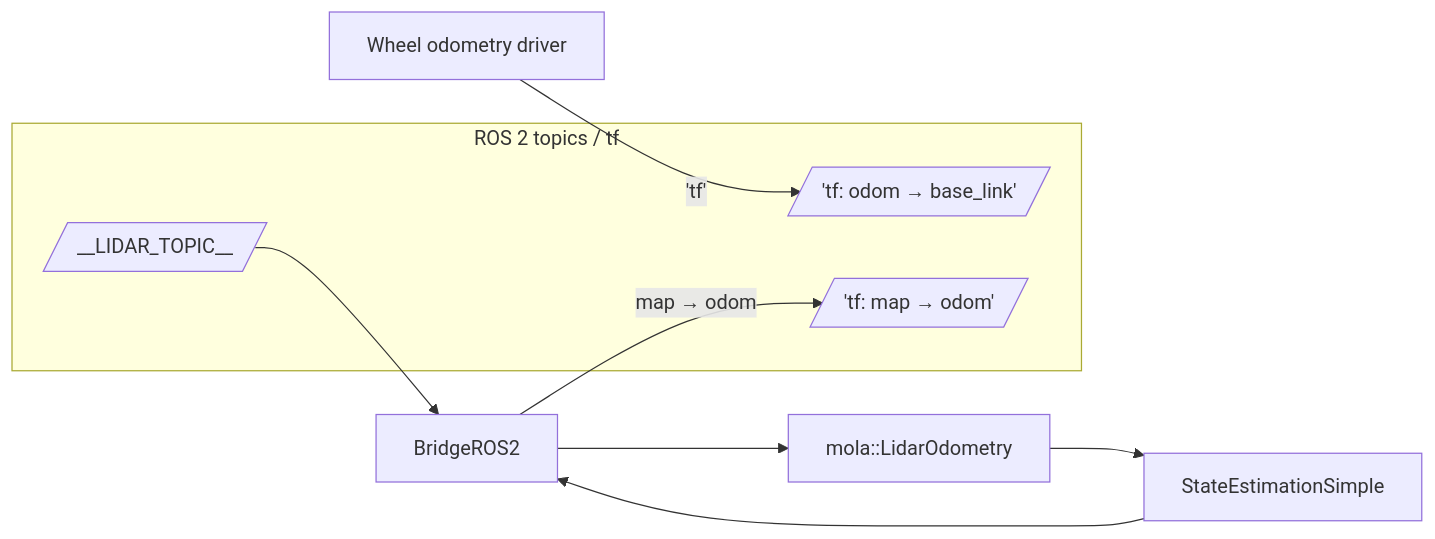
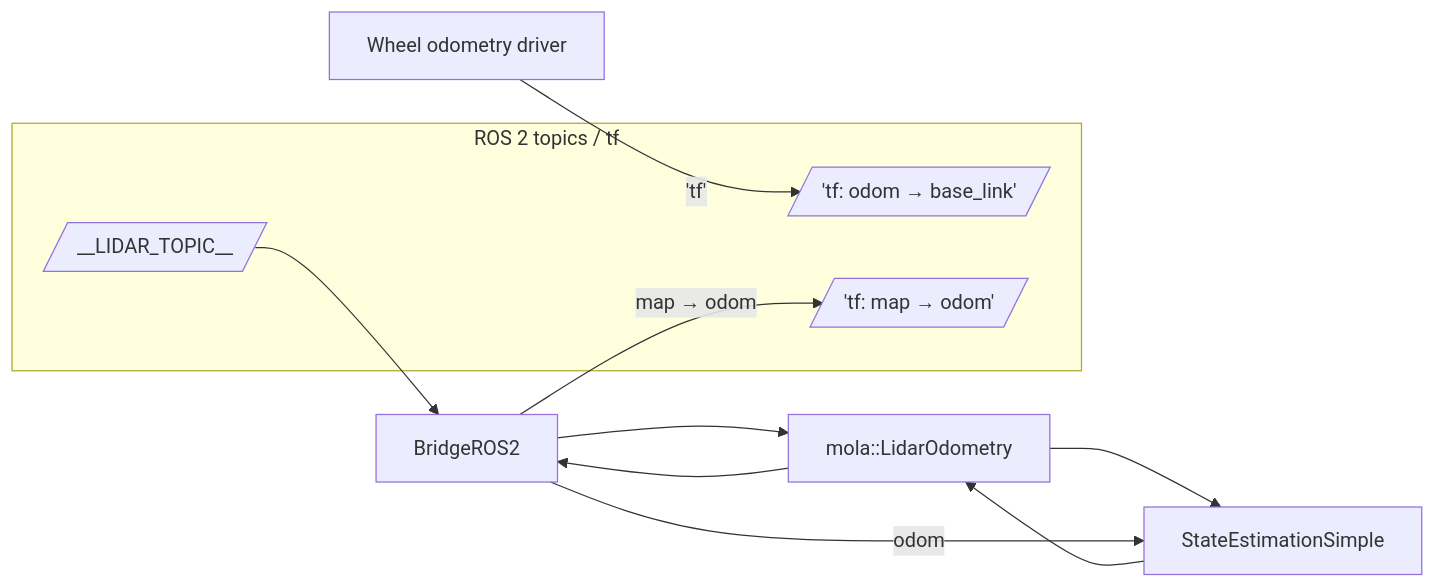
One commit to MOLAorg/mola changed the second of 12 diagrams in docs/source/mola_ros2_configurations.rst. Above: the diagram before and after it, drawn with Mermaid. The commit also changed other lines of this file and 1 other file, not shown here.

```diff
--- a/docs/source/mola_ros2_configurations.rst
+++ b/docs/source/mola_ros2_configurations.rst
@@ -164,14 +164,16 @@
 .. mermaid::
 
    flowchart LR
      subgraph ROS2[ROS 2 topics / tf]
        lidar[/"__LIDAR_TOPIC__"/]
        odomtf[/'tf: odom → base_link'/]
        mapodom[/'tf: map → odom'/]
      end
      wheel[Wheel odometry driver] -->|'tf'| odomtf
      lidar --> bridge[BridgeROS2]
      bridge --> lo[mola::LidarOdometry]
+     lo --> bridge
+     se --> lo
      lo --> se[StateEstimationSimple]
-     se --> bridge
+     bridge -->|odom| se
      bridge -->|map → odom| mapodom
```
